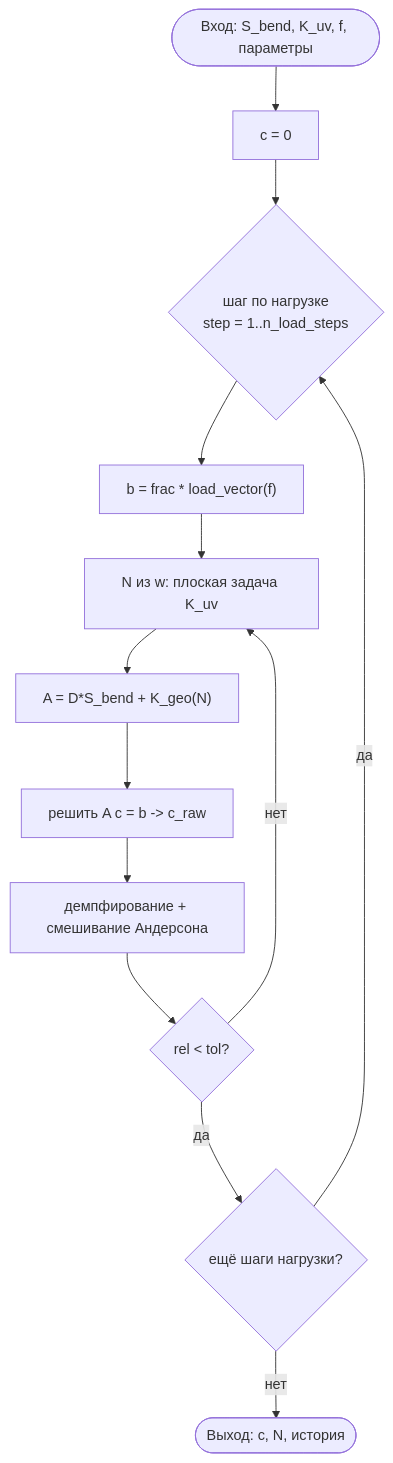
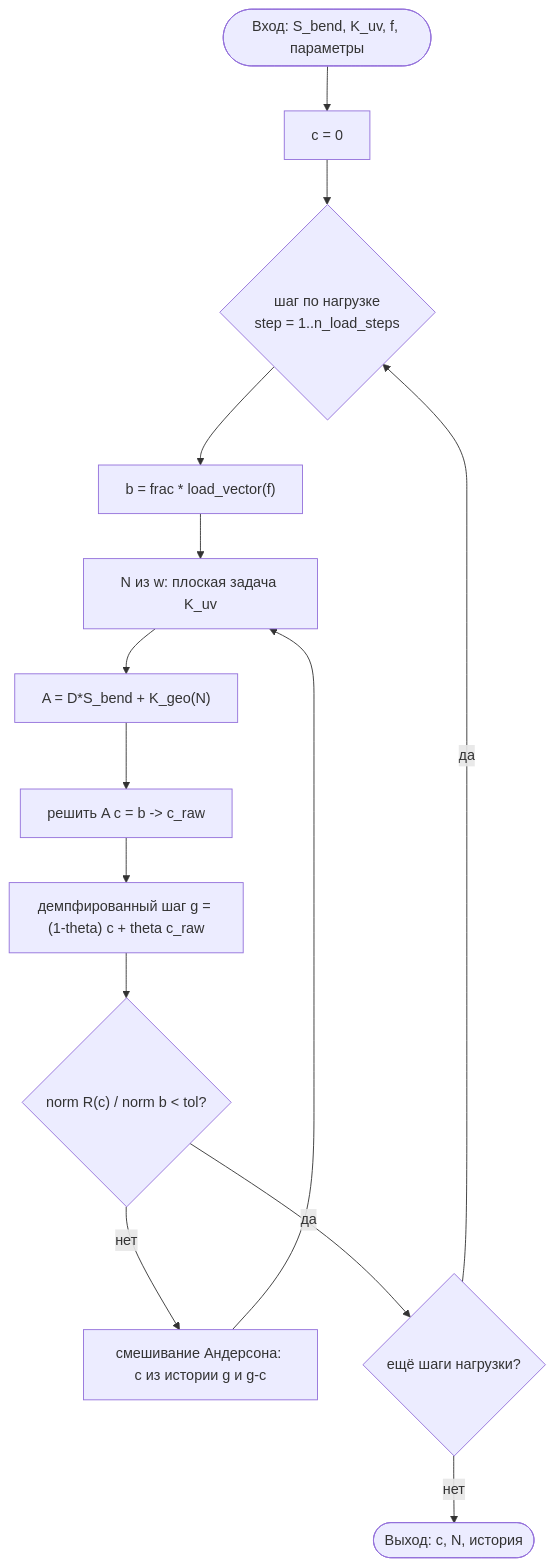
Before and after one commit to AnatoDu/plate-solver: the second of 5 diagrams in docs/ALGORITHMS.md, drawn with Mermaid. The commit also changed other lines of this file and 49 other files, not shown here.

````diff
--- a/docs/ALGORITHMS.md
+++ b/docs/ALGORITHMS.md
@@ -88,15 +98,16 @@
 ```mermaid
 flowchart TD
     A([Вход: S_bend, K_uv, f, параметры]) --> B[c = 0]
     B --> C{шаг по нагрузке<br/>step = 1..n_load_steps}
     C --> D["b = frac * load_vector(f)"]
     D --> E[N из w: плоская задача K_uv]
     E --> F["A = D*S_bend + K_geo(N)"]
     F --> G["решить A c = b -> c_raw"]
-    G --> H[демпфирование + смешивание Андерсона]
-    H --> I{rel < tol?}
-    I -- нет --> E
+    G --> H["демпфированный шаг g = (1-theta) c + theta c_raw"]
+    H --> I{"norm R(c) / norm b < tol?"}
+    I -- нет --> I2[смешивание Андерсона: c из истории g и g-c]
+    I2 --> E
     I -- да --> J{ещё шаги нагрузки?}
     J -- да --> C
     J -- нет --> K([Выход: c, N, история])
 ```
````
